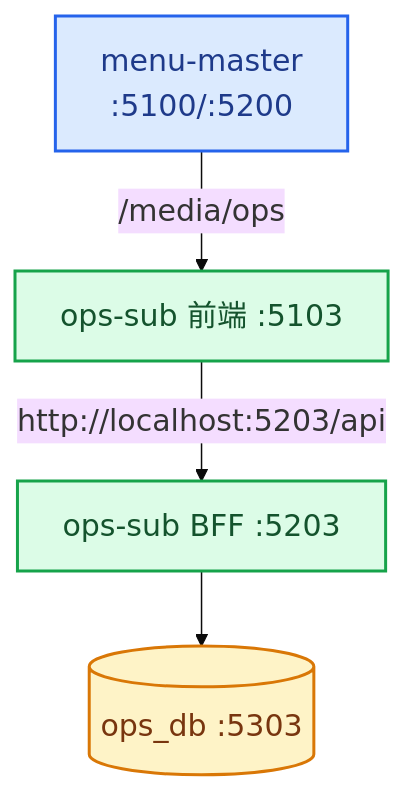
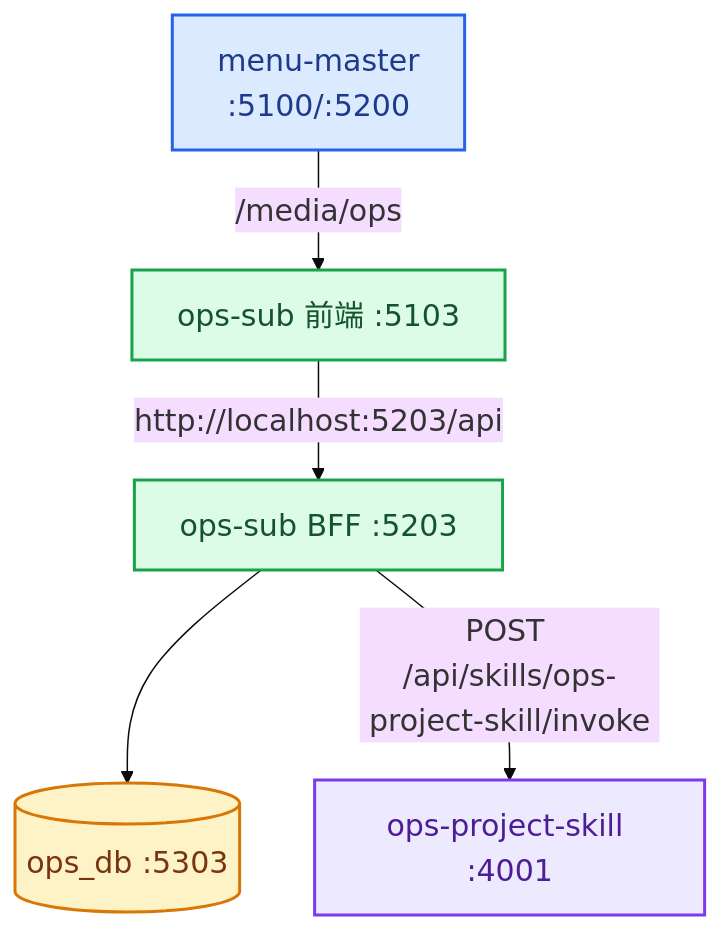
Before and after one commit to InsectYan/admin-management-station: the first of 3 diagrams in project-sub/ops-sub/docs/架构关系图.md, drawn with Mermaid. The commit also changed other lines of this file and 35 other files, not shown here.

````diff
--- a/project-sub/ops-sub/docs/架构关系图.md
+++ b/project-sub/ops-sub/docs/架构关系图.md
@@ -12,12 +12,14 @@
 ```mermaid
 %%{init: {'theme':'base', 'themeVariables': {'fontSize':'20px'}}}%%
 flowchart TB
     classDef main fill:#DBEAFE,stroke:#2563EB,stroke-width:2px,color:#1E3A8A
     classDef sub fill:#DCFCE7,stroke:#16A34A,stroke-width:2px,color:#14532D
     classDef db fill:#FEF3C7,stroke:#D97706,stroke-width:2px,color:#78350F
+    classDef agent fill:#EDE9FE,stroke:#7C3AED,stroke-width:2px,color:#4C1D95
 
     MM["menu-master<br/>:5100/:5200"]:::main
     MM -->|"/media/ops"| Ops["ops-sub 前端 :5103"]:::sub
     Ops -->|"http://localhost:5203/api"| BFF["ops-sub BFF :5203"]:::sub
     BFF --> PG[("ops_db :5303")]:::db
+    BFF -->|"POST /api/skills/ops-project-skill/invoke"| AG["ops-project-skill :4001"]:::agent
 ```
````
